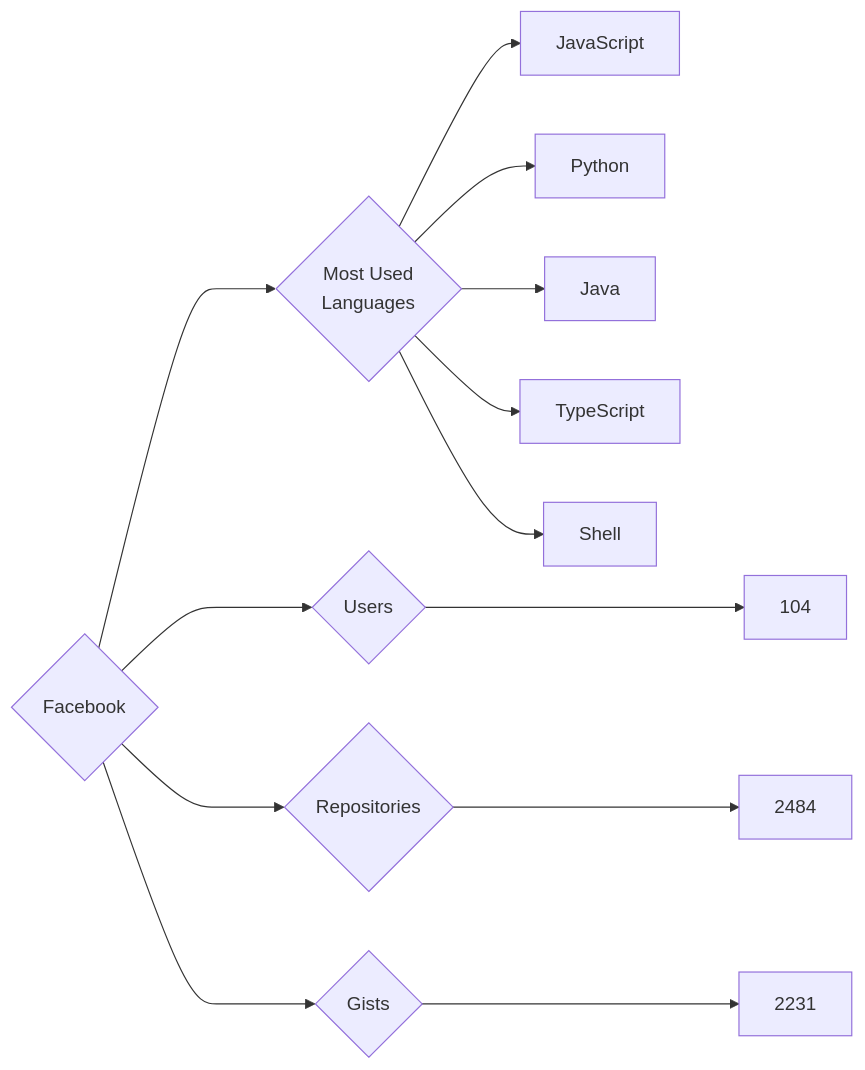
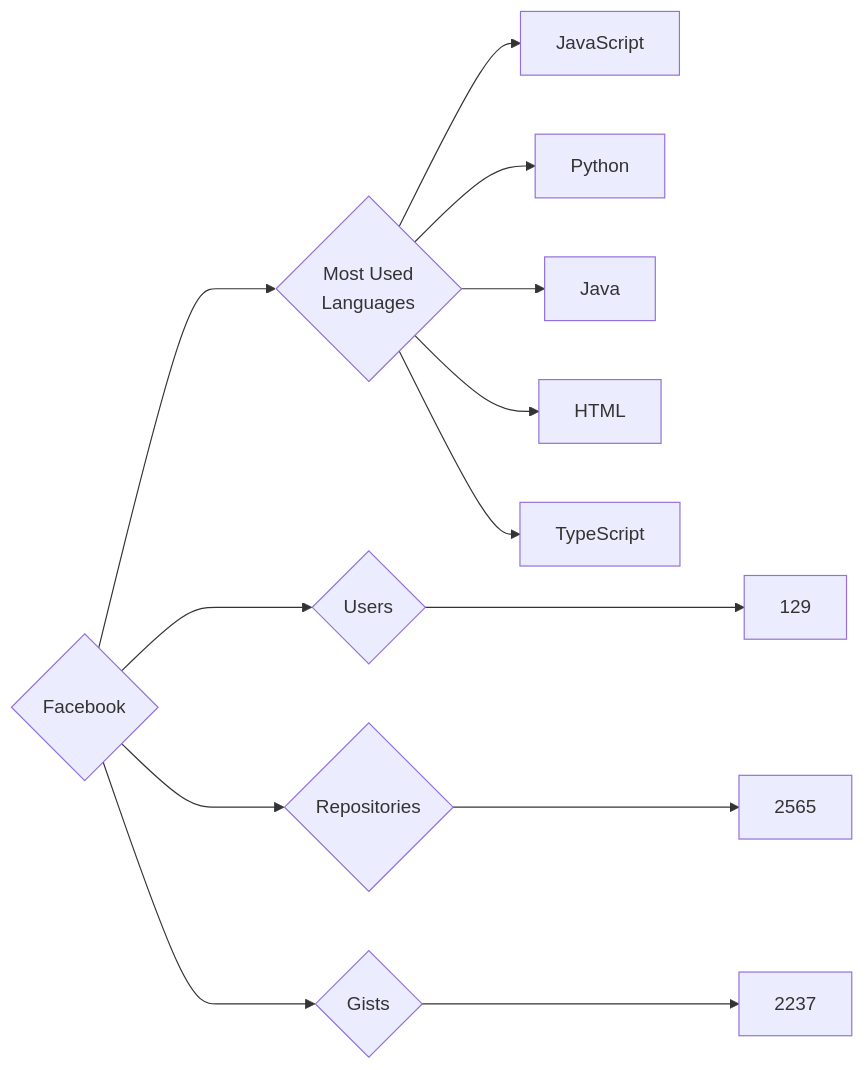
The diagram in targets/Facebook/README.md (trickest/insiders), drawn with Mermaid before and after one commit. The commit also changed 924 other files, not shown here.

````diff
--- a/targets/Facebook/README.md
+++ b/targets/Facebook/README.md
@@ -3,13 +3,13 @@
 ```mermaid
 graph LR
 COMPANY_NAME{Facebook}
-COMPANY_NAME ---> U{Users} ---> UN[104]
-COMPANY_NAME ---> R{Repositories} ---> RN[2484]
-COMPANY_NAME ---> G{Gists} ---> GN[2231]
+COMPANY_NAME ---> U{Users} ---> UN[129]
+COMPANY_NAME ---> R{Repositories} ---> RN[2565]
+COMPANY_NAME ---> G{Gists} ---> GN[2237]
 COMPANY_NAME ---> ML{Most Used<br>Languages}
 ML --> JavaScript[JavaScript]
 ML --> Python[Python]
 ML --> Java[Java]
+ML --> HTML[HTML]
 ML --> TypeScript[TypeScript]
-ML --> Shell[Shell]
 ```
````
